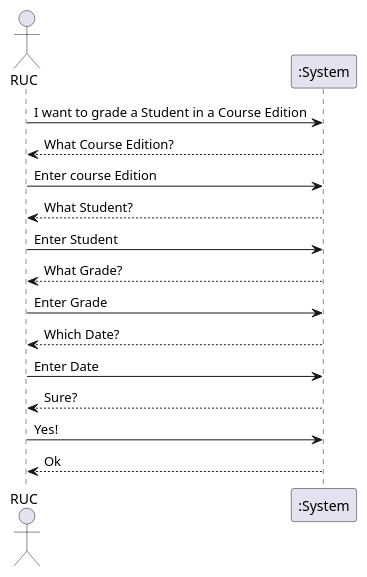
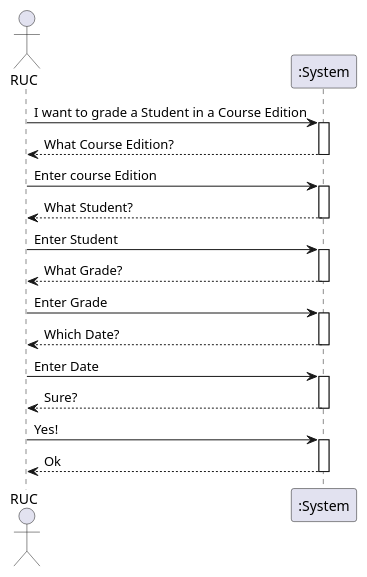
The diagram in docs/US22/US22_GradeAStudentInACourseEdition_SSD.puml (GasparISEP/DevOps-PAI), drawn with PlantUML before and after one commit. The commit also changed 2 other files, not shown here.

Commit message:
Refs #560: Created ProcessView Diagram of Level1 and Level2
Small change to UML practices in US22_SystemSequenceDiagram

```diff
--- a/docs/US22/US22_GradeAStudentInACourseEdition_SSD.puml
+++ b/docs/US22/US22_GradeAStudentInACourseEdition_SSD.puml
@@ -1,17 +1,29 @@
 @startuml
 actor RUC
 participant ":System" as System
 
 RUC -> System  : I want to grade a Student in a Course Edition
+activate System
 System --> RUC  : What Course Edition?
+deactivate System
 RUC -> System  : Enter course Edition
+activate System
 System --> RUC  : What Student?
+deactivate System
 RUC -> System  : Enter Student
+activate System
 System --> RUC  : What Grade?
+deactivate System
 RUC -> System  : Enter Grade
+activate System
 System --> RUC  : Which Date?
+deactivate System
 RUC  -> System  : Enter Date
+activate System
 System --> RUC  : Sure?
+deactivate System
 RUC -> System  : Yes!
+activate System
 System --> RUC  : Ok
+deactivate System
 @enduml
```
